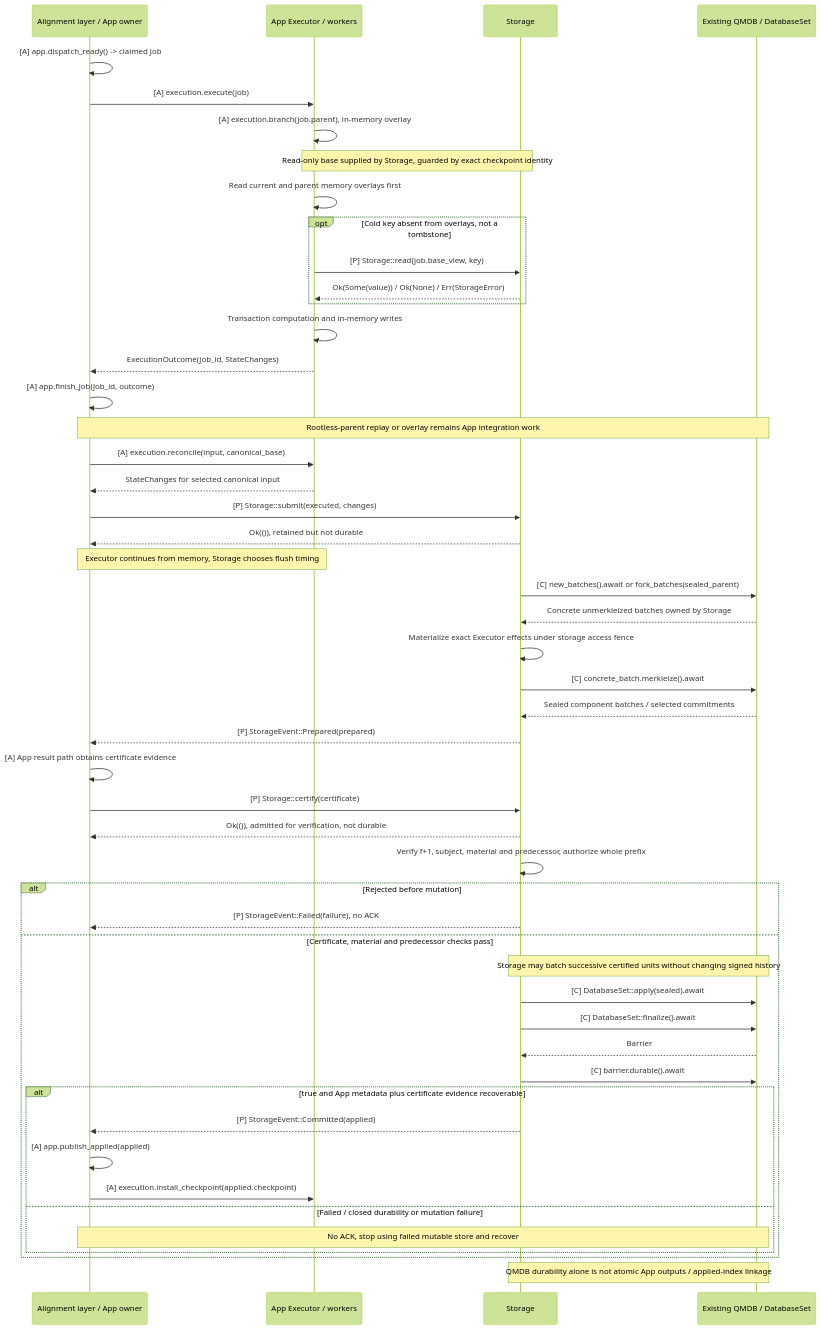
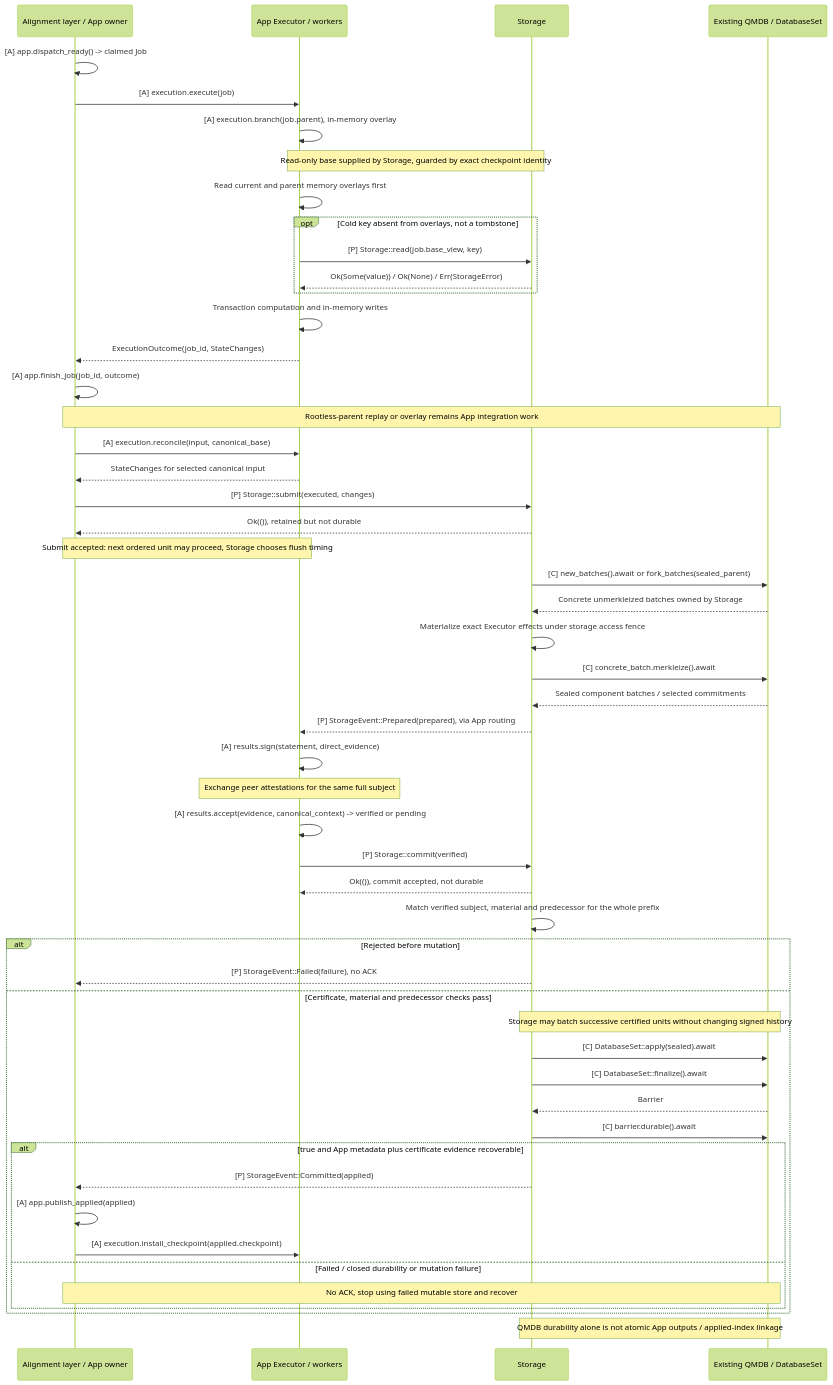
One commit to djm07073/baton changed the diagram in docs/assets/diagrams/diagram-09.mmd. Above: the diagram before and after it, drawn with Mermaid (forest theme). The commit also changed 175 other files, not shown here.

Commit message:
docs: visualize Baton flows and clarify executor certification

```diff
--- a/docs/assets/diagrams/diagram-09.mmd
+++ b/docs/assets/diagrams/diagram-09.mmd
@@ -1,51 +1,53 @@
 sequenceDiagram
     participant A as Alignment layer / App owner
     participant E as App Executor / workers
     participant S as Storage
     participant D as Existing QMDB / DatabaseSet
     A->>A: [A] app.dispatch_ready() -> claimed Job
     A->>E: [A] execution.execute(job)
     E->>E: [A] execution.branch(job.parent), in-memory overlay
     Note over E,S: Read-only base supplied by Storage, guarded by exact checkpoint identity
     E->>E: Read current and parent memory overlays first
     opt Cold key absent from overlays, not a tombstone
         E->>S: [P] Storage::read(job.base_view, key)
         S-->>E: Ok(Some(value)) / Ok(None) / Err(StorageError)
     end
     E->>E: Transaction computation and in-memory writes
     E-->>A: ExecutionOutcome(job_id, StateChanges)
     A->>A: [A] app.finish_job(job_id, outcome)
     Note over A,D: Rootless-parent replay or overlay remains App integration work
     A->>E: [A] execution.reconcile(input, canonical_base)
     E-->>A: StateChanges for selected canonical input
     A->>S: [P] Storage::submit(executed, changes)
     S-->>A: Ok(()), retained but not durable
-    Note over A,E: Executor continues from memory, Storage chooses flush timing
+    Note over A,E: Submit accepted: next ordered unit may proceed, Storage chooses flush timing
     S->>D: [C] new_batches().await or fork_batches(sealed_parent)
     D-->>S: Concrete unmerkleized batches owned by Storage
     S->>S: Materialize exact Executor effects under storage access fence
     S->>D: [C] concrete_batch.merkleize().await
     D-->>S: Sealed component batches / selected commitments
-    S-->>A: [P] StorageEvent::Prepared(prepared)
-    A->>A: [A] App result path obtains certificate evidence
+    S-->>E: [P] StorageEvent::Prepared(prepared), via App routing
+    E->>E: [A] results.sign(statement, direct_evidence)
+    Note over E: Exchange peer attestations for the same full subject
+    E->>E: [A] results.accept(evidence, canonical_context) -> verified or pending
 
-    A->>S: [P] Storage::certify(certificate)
-    S-->>A: Ok(()), admitted for verification, not durable
-    S->>S: Verify f+1, subject, material and predecessor, authorize whole prefix
+    E->>S: [P] Storage::commit(verified)
+    S-->>E: Ok(()), commit accepted, not durable
+    S->>S: Match verified subject, material and predecessor for the whole prefix
     alt Rejected before mutation
         S-->>A: [P] StorageEvent::Failed(failure), no ACK
     else Certificate, material and predecessor checks pass
         Note over S,D: Storage may batch successive certified units without changing signed history
         S->>D: [C] DatabaseSet::apply(sealed).await
         S->>D: [C] DatabaseSet::finalize().await
         D-->>S: Barrier
         S->>D: [C] barrier.durable().await
         alt true and App metadata plus certificate evidence recoverable
             S-->>A: [P] StorageEvent::Committed(applied)
             A->>A: [A] app.publish_applied(applied)
             A->>E: [A] execution.install_checkpoint(applied.checkpoint)
         else Failed / closed durability or mutation failure
             Note over A,D: No ACK, stop using failed mutable store and recover
         end
     end
     Note over S,D: QMDB durability alone is not atomic App outputs / applied-index linkage
```
